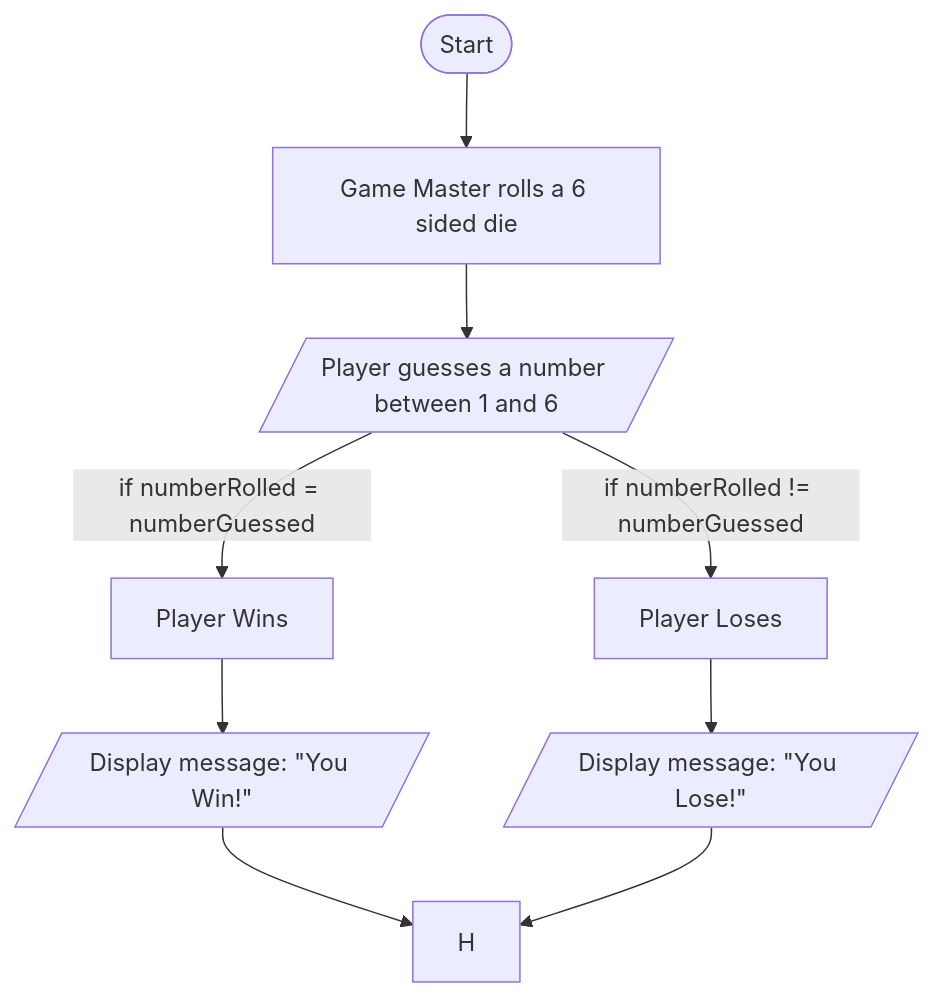
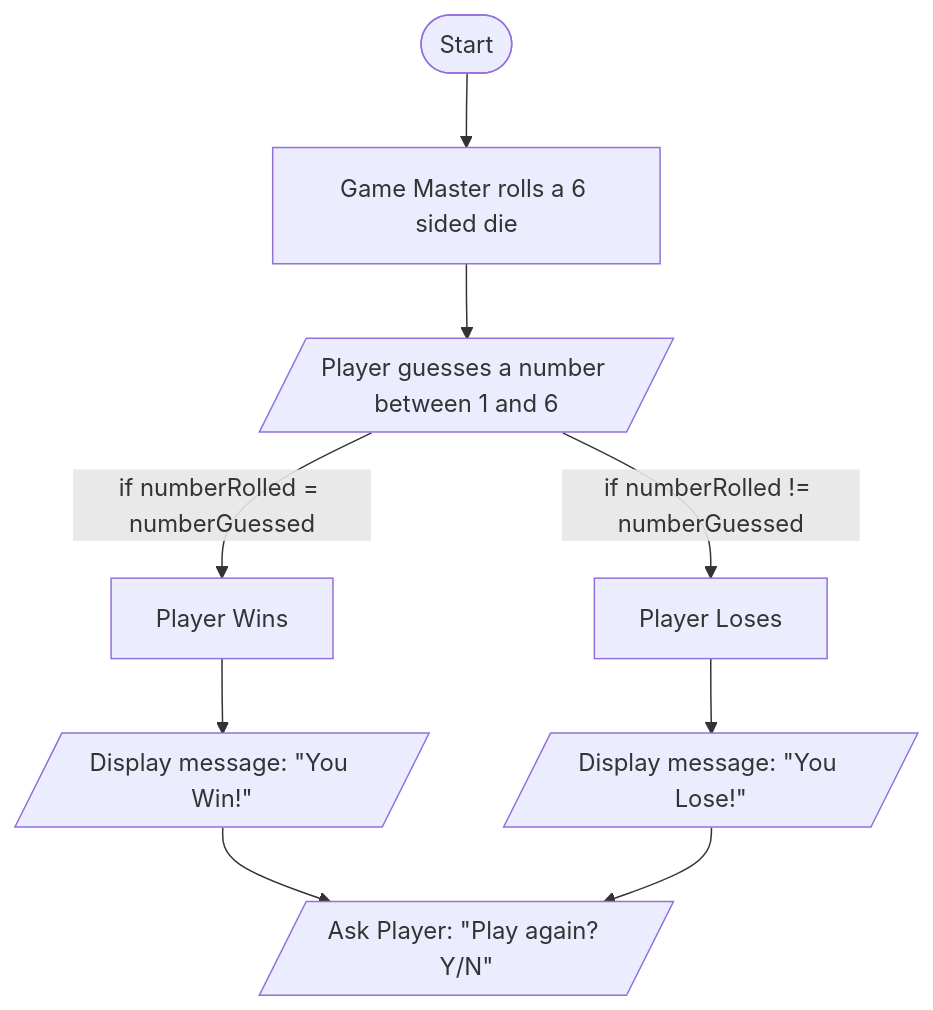
The diagram in Guessing.md (caelliott2552/caelliott2552.github.io), drawn with Mermaid before and after one commit.

Commit message:
Update Guessing.md
More logic and shape updates for box H

````diff
--- a/Guessing.md
+++ b/Guessing.md
@@ -1,11 +1,11 @@
 ```mermaid
 graph TD;
     A([Start])-->B[Game Master rolls a 6 sided die];
     B-->C[/Player guesses a number between 1 and 6/];
     C-- if numberRolled = numberGuessed -->D[Player Wins];
     C-- if numberRolled != numberGuessed -->E[Player Loses];
     D-->F[/Display message: "You Win!"/];
     E-->G[/Display message: "You Lose!"/];
-    F-->H;
-    G-->H;
+    F-->H[/Ask Player: "Play again? Y/N" /];
+    G-->H[/Ask Player: "Play again? Y/N" /];
 ```
````
